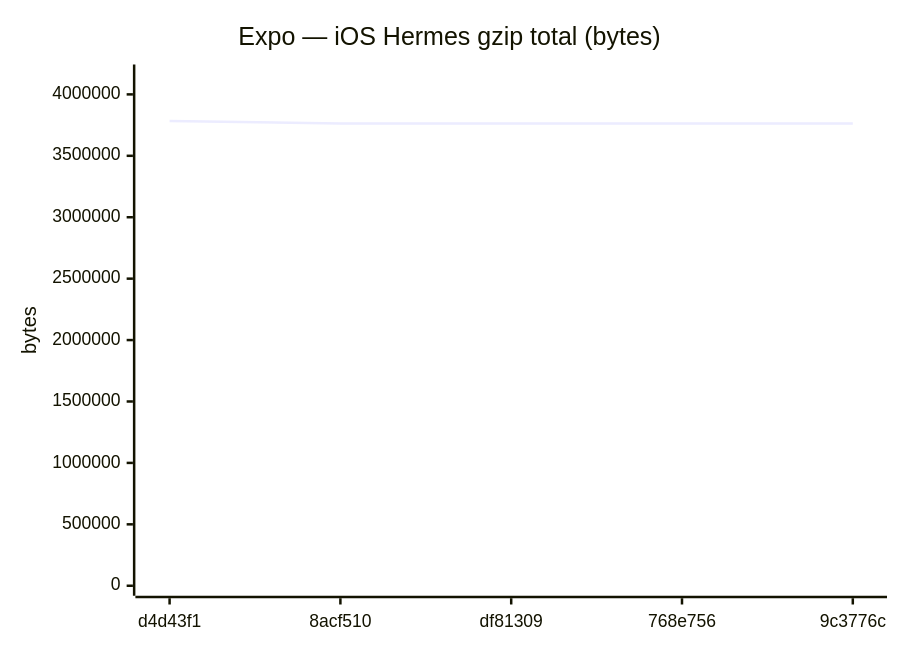
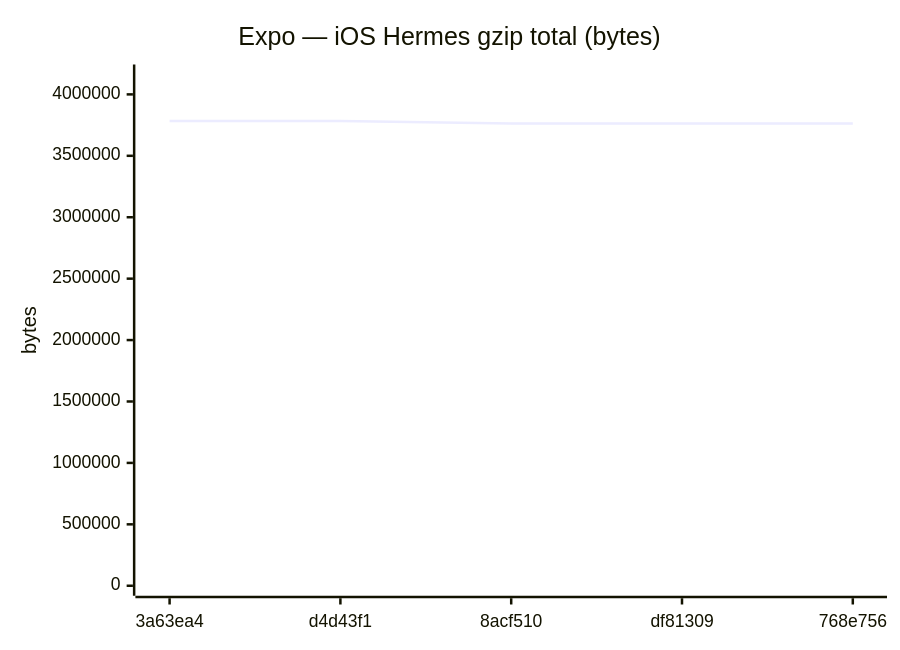
Before and after one commit to Metaheurist/Rianell: diagram 12 of 18 in benchmarks/compare.md, drawn with Mermaid. The commit also changed other lines of this file and 11 other files, not shown here.

````diff
--- a/benchmarks/compare.md
+++ b/benchmarks/compare.md
@@ -179,7 +179,7 @@
 ```mermaid
 xychart-beta
     title "Expo — iOS Hermes gzip total (bytes)"
-    x-axis ["d4d43f1", "8acf510", "df81309", "768e756", "9c3776c"]
+    x-axis ["3a63ea4", "d4d43f1", "8acf510", "df81309", "768e756"]
     y-axis "bytes" 0 --> 4161873
-    line [3783520, 3762734, 3762736, 3762498, 3762733]
+    line [3783517, 3783520, 3762734, 3762736, 3762498]
 ```
````
